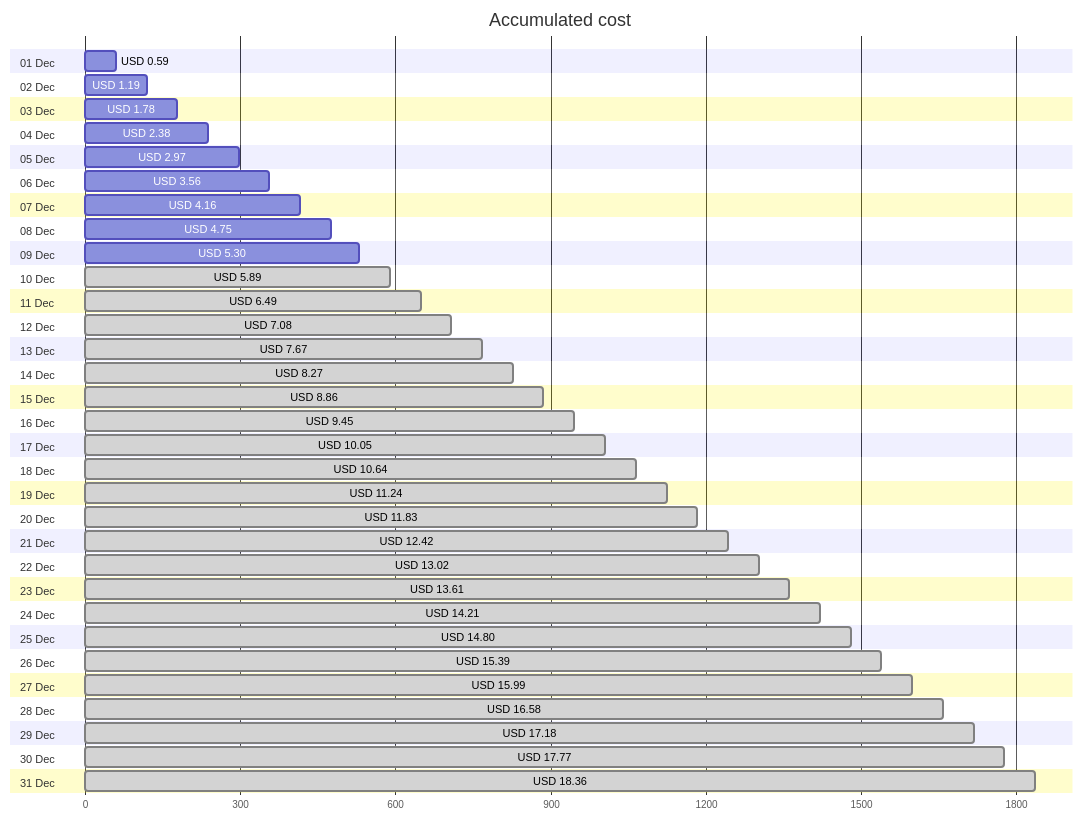
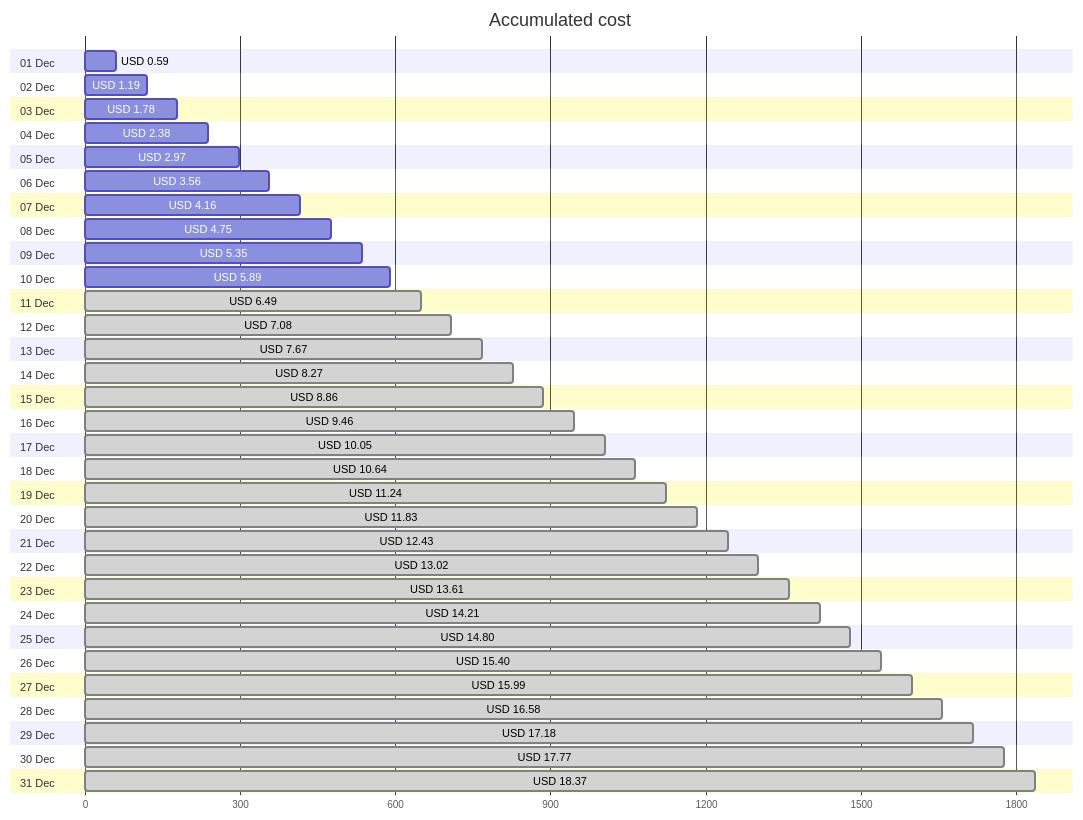
Before and after one commit to jpfulton/azure-personal-reports: the first of 4 diagrams in cost-reports/personal-site/README.md, drawn with Mermaid. The commit also changed other lines of this file and 6 other files, not shown here.

````diff
--- a/cost-reports/personal-site/README.md
+++ b/cost-reports/personal-site/README.md
@@ -20,68 +20,68 @@
 ```mermaid
 gantt
    title Accumulated cost
    dateFormat  X
    axisFormat %s
    section 01 Dec
    USD 0.59 :0, 59
    section 02 Dec
    USD 1.19 :0, 119
    section 03 Dec
    USD 1.78 :0, 178
    section 04 Dec
    USD 2.38 :0, 238
    section 05 Dec
    USD 2.97 :0, 297
    section 06 Dec
    USD 3.56 :0, 356
    section 07 Dec
    USD 4.16 :0, 416
    section 08 Dec
    USD 4.75 :0, 475
    section 09 Dec
-   USD 5.30 :0, 530
+   USD 5.35 :0, 535
    section 10 Dec
-   USD 5.89 : done, 0, 589
+   USD 5.89 :0, 589
    section 11 Dec
    USD 6.49 : done, 0, 649
    section 12 Dec
    USD 7.08 : done, 0, 708
    section 13 Dec
    USD 7.67 : done, 0, 767
    section 14 Dec
    USD 8.27 : done, 0, 827
    section 15 Dec
    USD 8.86 : done, 0, 886
    section 16 Dec
-   USD 9.45 : done, 0, 945
+   USD 9.46 : done, 0, 946
    section 17 Dec
    USD 10.05 : done, 0, 1005
    section 18 Dec
    USD 10.64 : done, 0, 1064
    section 19 Dec
    USD 11.24 : done, 0, 1124
    section 20 Dec
    USD 11.83 : done, 0, 1183
    section 21 Dec
-   USD 12.42 : done, 0, 1242
+   USD 12.43 : done, 0, 1243
    section 22 Dec
    USD 13.02 : done, 0, 1302
    section 23 Dec
    USD 13.61 : done, 0, 1361
    section 24 Dec
    USD 14.21 : done, 0, 1421
    section 25 Dec
    USD 14.80 : done, 0, 1480
    section 26 Dec
-   USD 15.39 : done, 0, 1539
+   USD 15.40 : done, 0, 1540
    section 27 Dec
    USD 15.99 : done, 0, 1599
    section 28 Dec
    USD 16.58 : done, 0, 1658
    section 29 Dec
    USD 17.18 : done, 0, 1718
    section 30 Dec
    USD 17.77 : done, 0, 1777
    section 31 Dec
-   USD 18.36 : done, 0, 1836
+   USD 18.37 : done, 0, 1837
 ```
````
